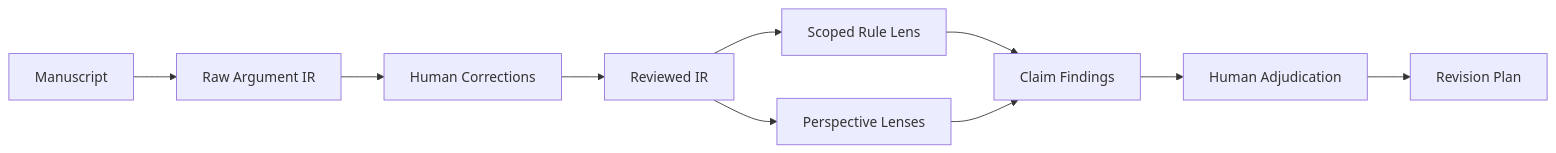
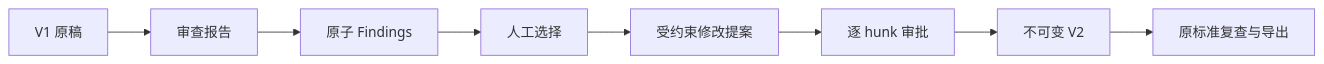
One commit to UYMIDGameStudio/critic-divergence-tester changed the first of 2 diagrams in README.md. Above: the diagram before and after it, drawn with Mermaid. The commit also changed other lines of this file and 5 other files, not shown here.

````diff
--- a/README.md
+++ b/README.md
@@ -11,12 +25,10 @@
 ```mermaid
 flowchart LR
-    A["Manuscript"] --> B["Raw Argument IR"]
-    B --> C["Human Corrections"]
-    C --> D["Reviewed IR"]
-    D --> E["Scoped Rule Lens"]
-    D --> P["Perspective Lenses"]
-    E --> F["Claim Findings"]
-    P --> F
-    F --> G["Human Adjudication"]
-    G --> H["Revision Plan"]
+    A["V1 原稿"] --> B["审查报告"]
+    B --> C["原子 Findings"]
+    C --> D["人工选择"]
+    D --> E["受约束修改提案"]
+    E --> F["逐 hunk 审批"]
+    F --> G["不可变 V2"]
+    G --> H["原标准复查与导出"]
 ```
````
